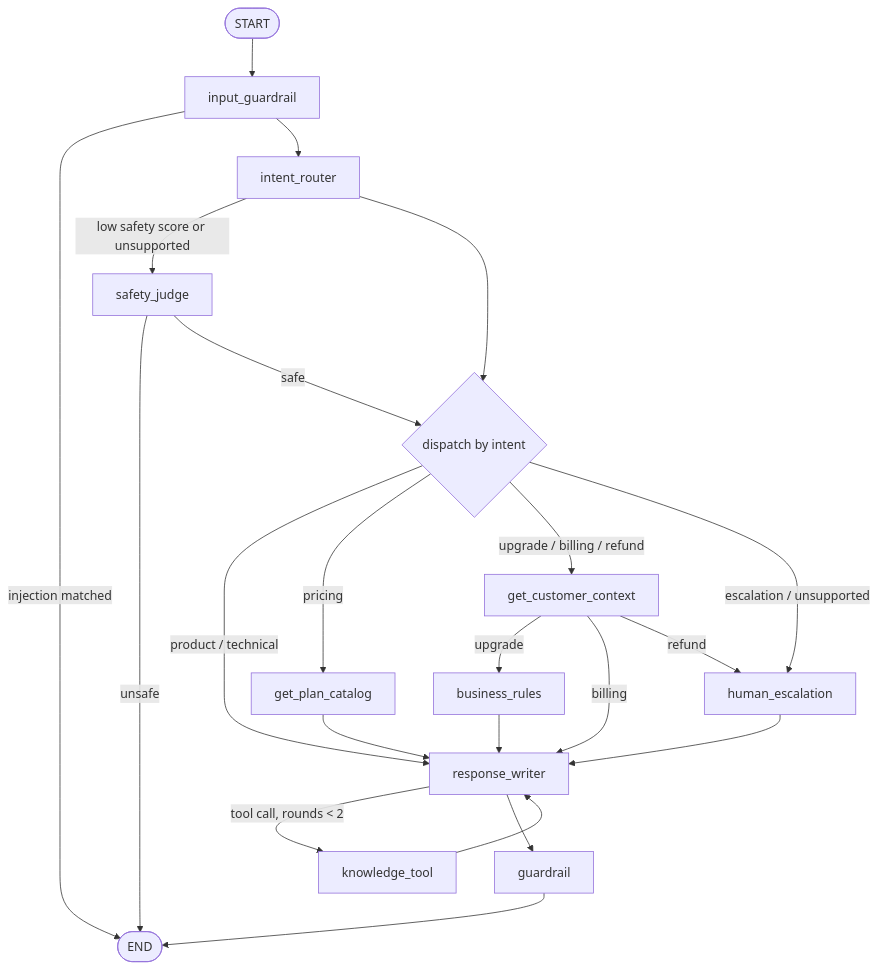
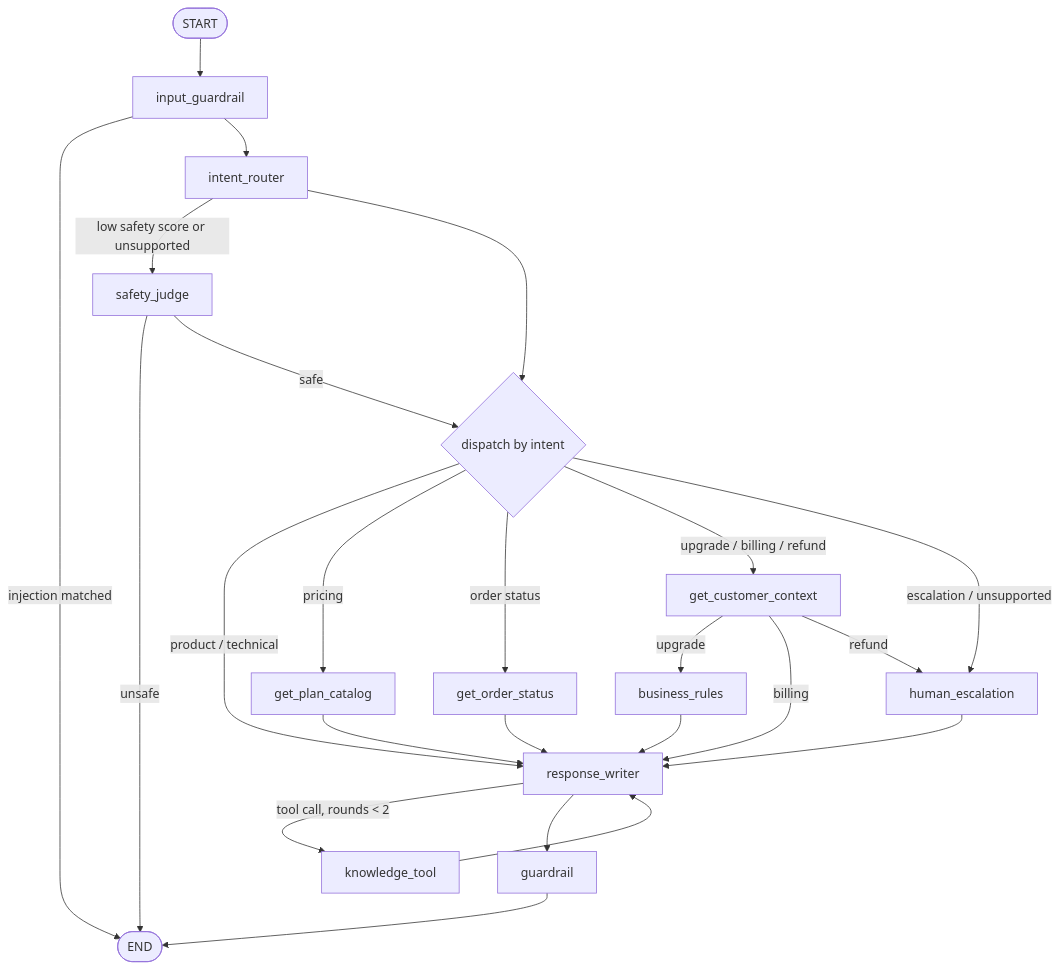
The diagram in README.md (TheMutsi/ai-sales-support-agent), drawn with Mermaid before and after one commit. The commit also changed 18 other files, not shown here.

First line of the commit message:
Add the order_status step: read the one order a session proved (#105)

````diff
--- a/README.md
+++ b/README.md
@@ -44,24 +44,26 @@
 ```mermaid
 flowchart TD
   start([START]) --> ig[input_guardrail]
   ig -- injection matched --> stop([END])
   ig --> ir[intent_router]
   ir -- "low safety score or unsupported" --> sj[safety_judge]
   sj -- unsafe --> stop
   ir --> dispatch{dispatch by intent}
   sj -- safe --> dispatch
   dispatch -- "product / technical" --> rw
   dispatch -- pricing --> pc[get_plan_catalog]
+  dispatch -- "order status" --> os[get_order_status]
   dispatch -- "upgrade / billing / refund" --> cc[get_customer_context]
   dispatch -- "escalation / unsupported" --> he
   cc -- upgrade --> br[business_rules]
   cc -- billing --> rw
   cc -- refund --> he[human_escalation]
   br --> rw[response_writer]
   pc --> rw
+  os --> rw
   he --> rw
   rw -- "tool call, rounds < 2" --> kt[knowledge_tool]
   kt --> rw
   rw --> gr[guardrail]
   gr --> stop
 ```
````
